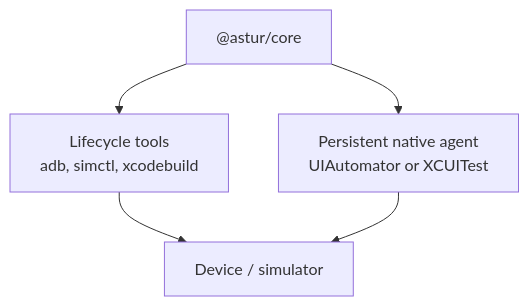
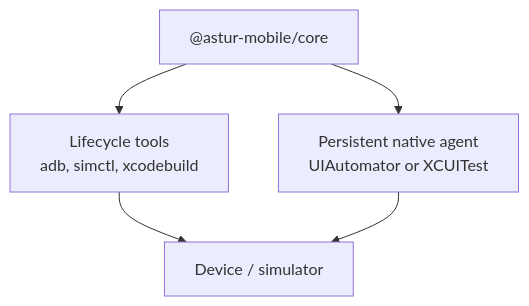
The third of 4 diagrams in docs/architecture.md (Astur-mobile/Astur), drawn with Mermaid before and after one commit. The commit also changed other lines of this file and 67 other files, not shown here.

First line of the commit message:
release: rename npm scope @astur -> @astur-mobile

````diff
--- a/docs/architecture.md
+++ b/docs/architecture.md
@@ -54,7 +54,7 @@
 ```mermaid
 flowchart TB
   Lifecycle["Lifecycle tools<br/>adb, simctl, xcodebuild"] --> Device["Device / simulator"]
   Agent["Persistent native agent<br/>UIAutomator or XCUITest"] --> Device
-  Core["@astur/core"] --> Lifecycle
+  Core["@astur-mobile/core"] --> Lifecycle
   Core --> Agent
 ```
````
